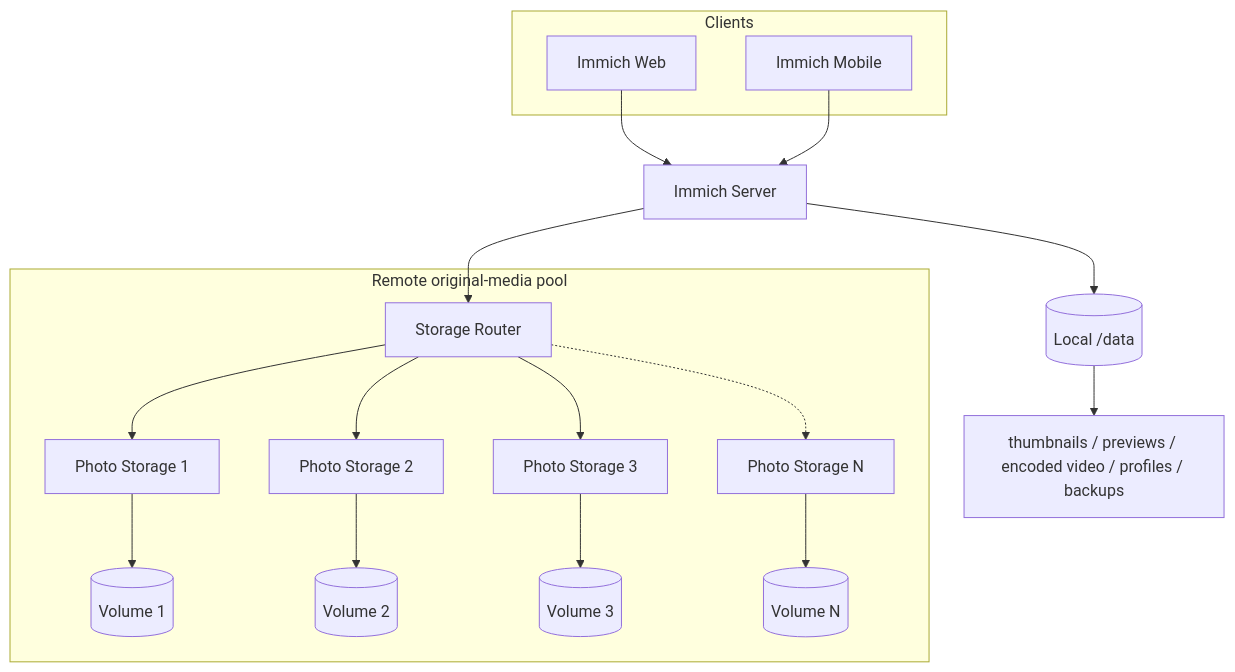
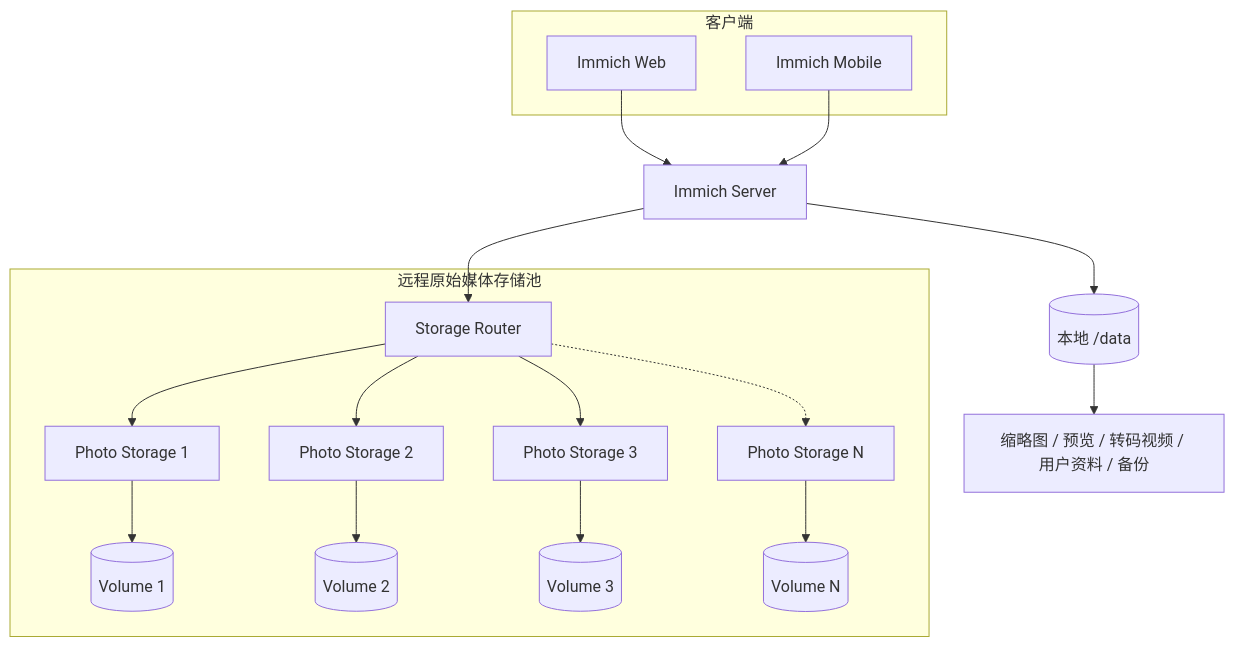
Before and after one commit to bowardzhang/immich: the first of 6 diagrams in RAILWAY_REMOTE_STORAGE.md, drawn with Mermaid. The commit also changed other lines of this file, not shown here.

````diff
--- a/RAILWAY_REMOTE_STORAGE.md
+++ b/RAILWAY_REMOTE_STORAGE.md
@@ -14,26 +9,22 @@
 ```mermaid
 flowchart TB
-    subgraph Clients
+    subgraph Clients[客户端]
       W[Immich Web]
       M[Immich Mobile]
     end
-
     W --> I[Immich Server]
     M --> I
-
-    I --> D[(Local /data)]
+    I --> D[(本地 /data)]
     I --> R[Storage Router]
-
-    subgraph RemoteMedia[Remote original-media pool]
+    subgraph RemoteMedia[远程原始媒体存储池]
       R --> S1[Photo Storage 1]
       R --> S2[Photo Storage 2]
       R --> S3[Photo Storage 3]
       R -.-> SN[Photo Storage N]
       S1 --> V1[(Volume 1)]
       S2 --> V2[(Volume 2)]
       S3 --> V3[(Volume 3)]
       SN --> VN[(Volume N)]
     end
-
-    D --> O[thumbnails / previews / encoded video / profiles / backups]
+    D --> O[缩略图 / 预览 / 转码视频 / 用户资料 / 备份]
 ```
````
